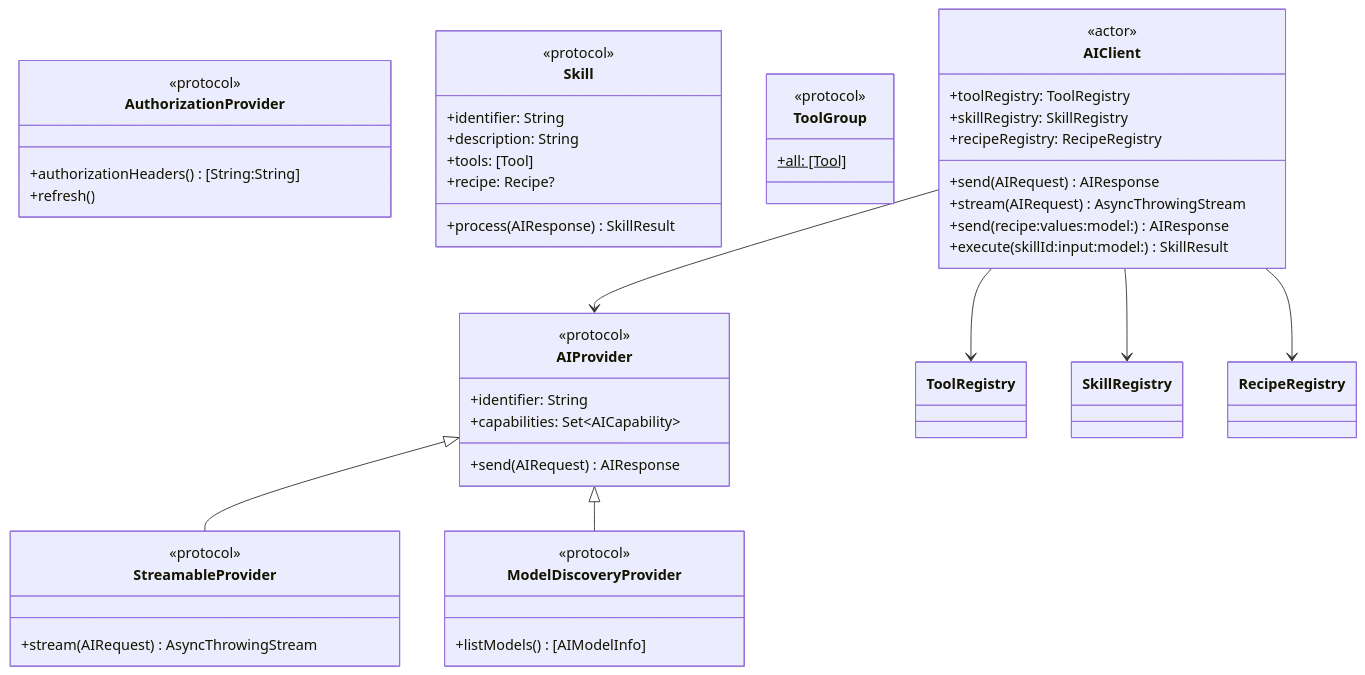
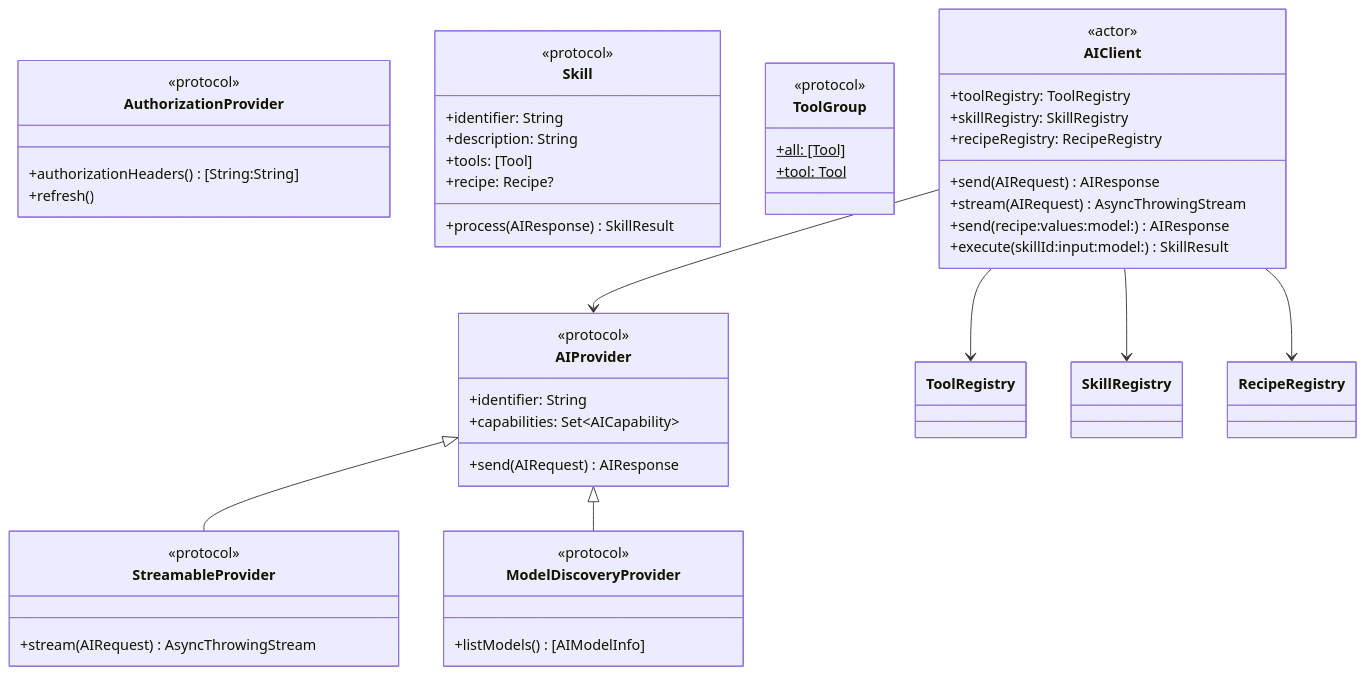
The second of 8 diagrams in Documentation/Architecture.md (molayab/swift-ai-provider-kit), drawn with Mermaid before and after one commit. The commit also changed other lines of this file and 19 other files, not shown here.

````diff
--- a/Documentation/Architecture.md
+++ b/Documentation/Architecture.md
@@ -78,57 +78,58 @@
 ```mermaid
 classDiagram
     class AIProvider {
         <<protocol>>
         +identifier: String
         +capabilities: Set~AICapability~
         +send(AIRequest) AIResponse
     }
 
     class StreamableProvider {
         <<protocol>>
         +stream(AIRequest) AsyncThrowingStream
     }
 
     class ModelDiscoveryProvider {
         <<protocol>>
         +listModels() [AIModelInfo]
     }
 
     class AuthorizationProvider {
         <<protocol>>
         +authorizationHeaders() [String:String]
         +refresh()
     }
 
     class Skill {
         <<protocol>>
         +identifier: String
         +description: String
         +tools: [Tool]
         +recipe: Recipe?
         +process(AIResponse) SkillResult
     }
 
     class ToolGroup {
         <<protocol>>
         +all: [Tool]$
+        +tool: Tool$
     }
 
     class AIClient {
         <<actor>>
         +toolRegistry: ToolRegistry
         +skillRegistry: SkillRegistry
         +recipeRegistry: RecipeRegistry
         +send(AIRequest) AIResponse
         +stream(AIRequest) AsyncThrowingStream
         +send(recipe:values:model:) AIResponse
         +execute(skillId:input:model:) SkillResult
     }
 
     AIProvider <|-- StreamableProvider
     AIProvider <|-- ModelDiscoveryProvider
     AIClient --> AIProvider
     AIClient --> ToolRegistry
     AIClient --> SkillRegistry
     AIClient --> RecipeRegistry
 ```
````
